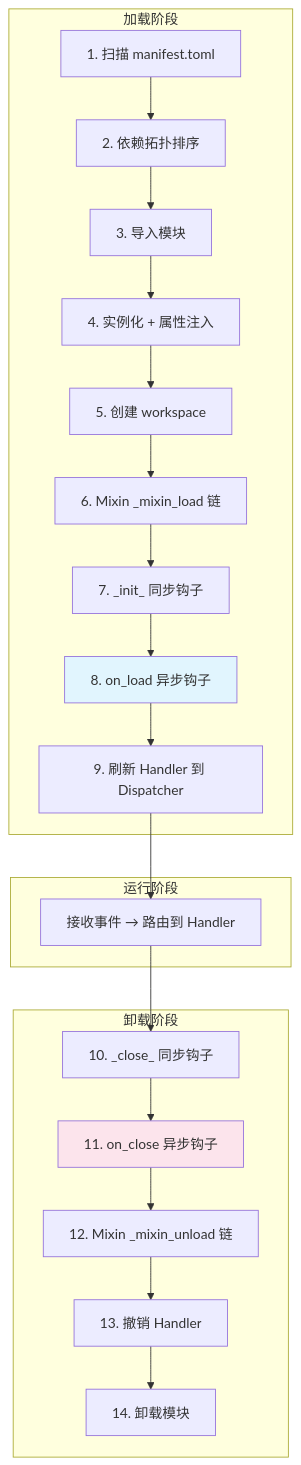
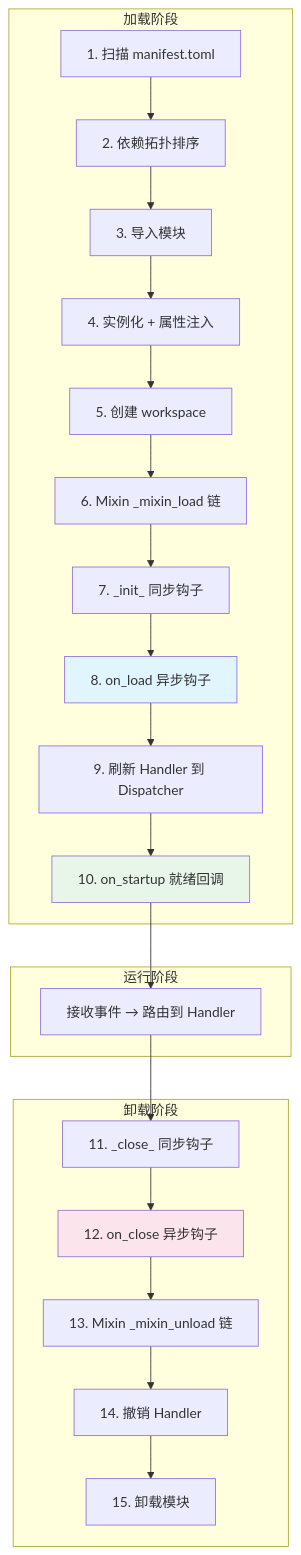
The diagram in docs/notes/guide/3. 插件开发/3. 生命周期.md (huan-yp/NcatBotDocs), drawn with Mermaid before and after one commit. The commit also changed other lines of this file and 3 other files, not shown here.

Commit message:
docs(plugin): 区分 on_load 与 startup 就绪回调

````diff
--- a/docs/notes/guide/3. 插件开发/3. 生命周期.md
+++ b/docs/notes/guide/3. 插件开发/3. 生命周期.md
@@ -24,32 +24,34 @@
 ```mermaid
 flowchart TB
     subgraph 加载阶段
         SCAN[1. 扫描 manifest.toml]
         RESOLVE[2. 依赖拓扑排序]
         IMPORT[3. 导入模块]
         INST[4. 实例化 + 属性注入]
         WS[5. 创建 workspace]
         ML[6. Mixin _mixin_load 链]
         INIT[7. _init_ 同步钩子]
         LOAD[8. on_load 异步钩子]
         FLUSH[9. 刷新 Handler 到 Dispatcher]
+        STARTUP[10. on_startup 就绪回调]
     end
 
     subgraph 运行阶段
         RUN[接收事件 → 路由到 Handler]
     end
 
     subgraph 卸载阶段
-        CLOSE_[10. _close_ 同步钩子]
-        ONCLOSE[11. on_close 异步钩子]
-        MU[12. Mixin _mixin_unload 链]
-        REVOKE[13. 撤销 Handler]
-        UNMOD[14. 卸载模块]
+        CLOSE_[11. _close_ 同步钩子]
+        ONCLOSE[12. on_close 异步钩子]
+        MU[13. Mixin _mixin_unload 链]
+        REVOKE[14. 撤销 Handler]
+        UNMOD[15. 卸载模块]
     end
 
-    SCAN --> RESOLVE --> IMPORT --> INST --> WS --> ML --> INIT --> LOAD --> FLUSH --> RUN
+    SCAN --> RESOLVE --> IMPORT --> INST --> WS --> ML --> INIT --> LOAD --> FLUSH --> STARTUP --> RUN
     RUN --> CLOSE_ --> ONCLOSE --> MU --> REVOKE --> UNMOD
 
     style LOAD fill:#e1f5fe
+    style STARTUP fill:#e8f5e9
     style ONCLOSE fill:#fce4ec
 ```
````
